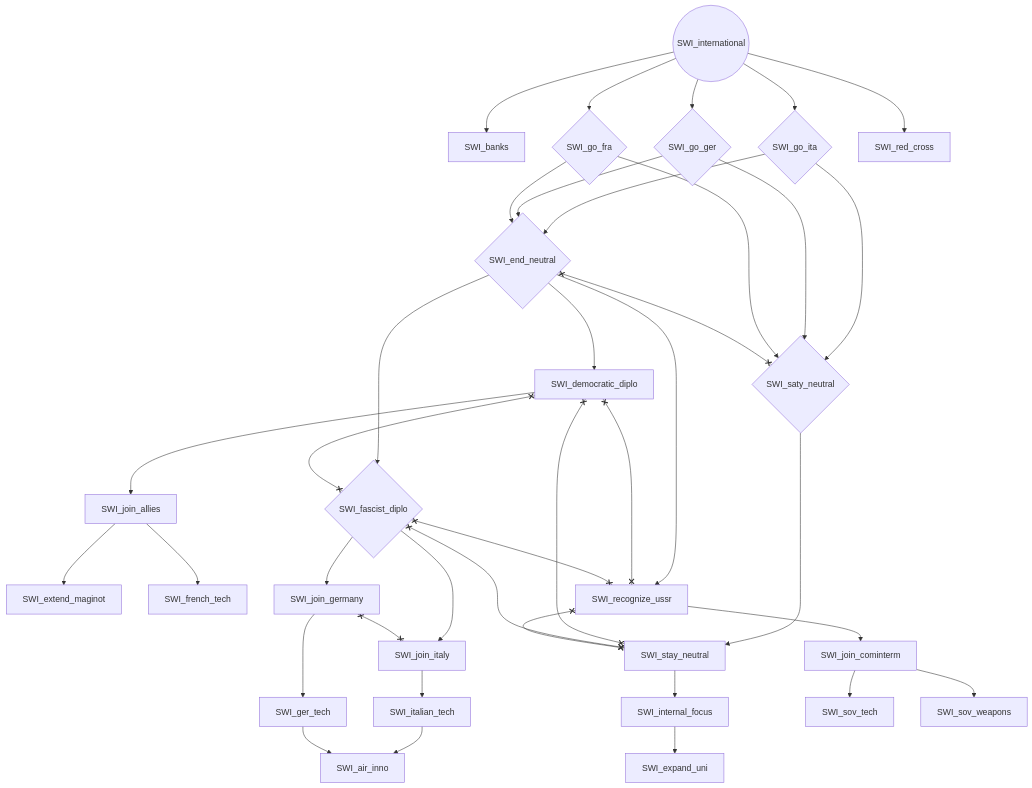
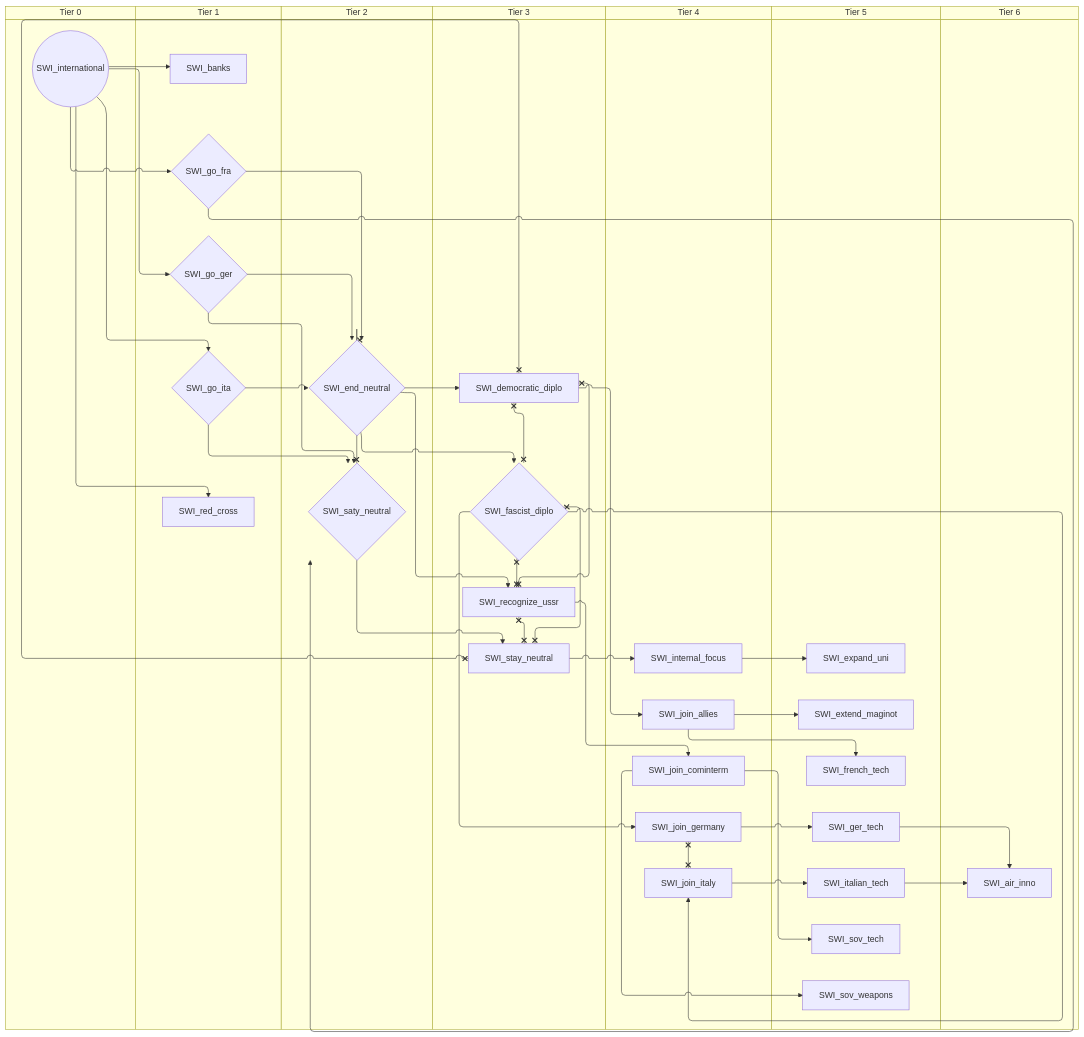
One commit to evgeny-sobol/hoi4-sandbox-mode-r56 changed the fifth of 8 diagrams in docs/gdd/National Focuses/r56_switzerland.md. Above: the diagram before and after it, drawn with Mermaid. The commit also changed other lines of this file and 423 other files, not shown here.

First line of the commit message:
Re-export Rt56 focus trees as swimlane diagrams

````diff
--- a/docs/gdd/National Focuses/r56_switzerland.md
+++ b/docs/gdd/National Focuses/r56_switzerland.md
@@ -154,65 +196,79 @@
 ```mermaid
-flowchart TD
-    n50["SWI_air_inno"]
-    n51["SWI_banks"]
-    n52["SWI_democratic_diplo"]
-    n53{"SWI_end_neutral"}
-    n54["SWI_expand_uni"]
-    n55["SWI_extend_maginot"]
-    n56{"SWI_fascist_diplo"}
-    n57["SWI_french_tech"]
-    n58["SWI_ger_tech"]
-    n59{"SWI_go_fra"}
-    n60{"SWI_go_ger"}
-    n61{"SWI_go_ita"}
-    n62["SWI_internal_focus"]
-    n63(("SWI_international"))
-    n64["SWI_italian_tech"]
-    n65["SWI_join_allies"]
-    n66["SWI_join_cominterm"]
-    n67["SWI_join_germany"]
-    n68["SWI_join_italy"]
-    n69["SWI_recognize_ussr"]
-    n70["SWI_red_cross"]
-    n71{"SWI_saty_neutral"}
-    n72["SWI_sov_tech"]
-    n73["SWI_sov_weapons"]
-    n74["SWI_stay_neutral"]
-    n64 --> n50
-    n58 --> n50
-    n63 --> n51
-    n53 --> n52
-    n61 --> n53
-    n60 --> n53
-    n59 --> n53
-    n62 --> n54
-    n65 --> n55
+swimlane-beta TD
+    subgraph tier_0["Tier 0"]
+        n50(("SWI_international"))
+    end
+    subgraph tier_1["Tier 1"]
+        n51["SWI_banks"]
+        n52{"SWI_go_fra"}
+        n53{"SWI_go_ger"}
+        n54{"SWI_go_ita"}
+        n55["SWI_red_cross"]
+    end
+    subgraph tier_2["Tier 2"]
+        n56{"SWI_end_neutral"}
+        n57{"SWI_saty_neutral"}
+    end
+    subgraph tier_3["Tier 3"]
+        n58["SWI_democratic_diplo"]
+        n59{"SWI_fascist_diplo"}
+        n60["SWI_recognize_ussr"]
+        n61["SWI_stay_neutral"]
+    end
+    subgraph tier_4["Tier 4"]
+        n62["SWI_internal_focus"]
+        n63["SWI_join_allies"]
+        n64["SWI_join_cominterm"]
+        n65["SWI_join_germany"]
+        n66["SWI_join_italy"]
+    end
+    subgraph tier_5["Tier 5"]
+        n67["SWI_expand_uni"]
+        n68["SWI_extend_maginot"]
+        n69["SWI_french_tech"]
+        n70["SWI_ger_tech"]
+        n71["SWI_italian_tech"]
+        n72["SWI_sov_tech"]
+        n73["SWI_sov_weapons"]
+    end
+    subgraph tier_6["Tier 6"]
+        n74["SWI_air_inno"]
+    end
+    n71 --> n74
+    n70 --> n74
+    n50 --> n51
+    n56 --> n58
+    n54 --> n56
     n53 --> n56
-    n65 --> n57
-    n67 --> n58
-    n63 --> n59
-    n63 --> n60
-    n63 --> n61
-    n74 --> n62
-    n68 --> n64
-    n52 --> n65
-    n69 --> n66
-    n56 --> n67
-    n56 --> n68
-    n53 --> n69
-    n63 --> n70
-    n61 --> n71
-    n60 --> n71
-    n59 --> n71
-    n66 --> n72
-    n66 --> n73
-    n71 --> n74
-    n52 x--x n56
-    n52 x--x n69
-    n52 x--x n74
-    n53 x--x n71
-    n56 x--x n69
-    n56 x--x n74
-    n67 x--x n68
-    n69 x--x n74
+    n52 --> n56
+    n62 --> n67
+    n63 --> n68
+    n56 --> n59
+    n63 --> n69
+    n65 --> n70
+    n50 --> n52
+    n50 --> n53
+    n50 --> n54
+    n61 --> n62
+    n66 --> n71
+    n58 --> n63
+    n60 --> n64
+    n59 --> n65
+    n59 --> n66
+    n56 --> n60
+    n50 --> n55
+    n54 --> n57
+    n53 --> n57
+    n52 --> n57
+    n64 --> n72
+    n64 --> n73
+    n57 --> n61
+    n58 x--x n59
+    n58 x--x n60
+    n58 x--x n61
+    n56 x--x n57
+    n59 x--x n60
+    n59 x--x n61
+    n65 x--x n66
+    n60 x--x n61
 ```
````
